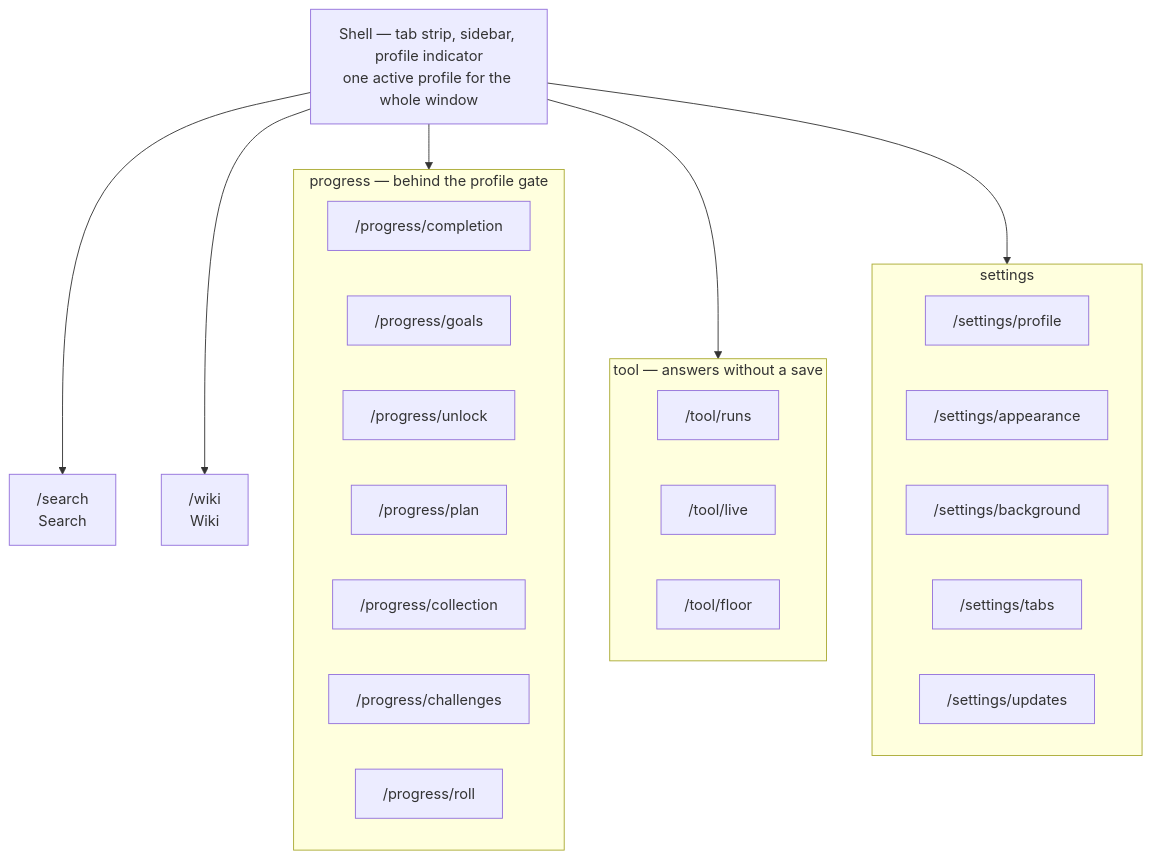
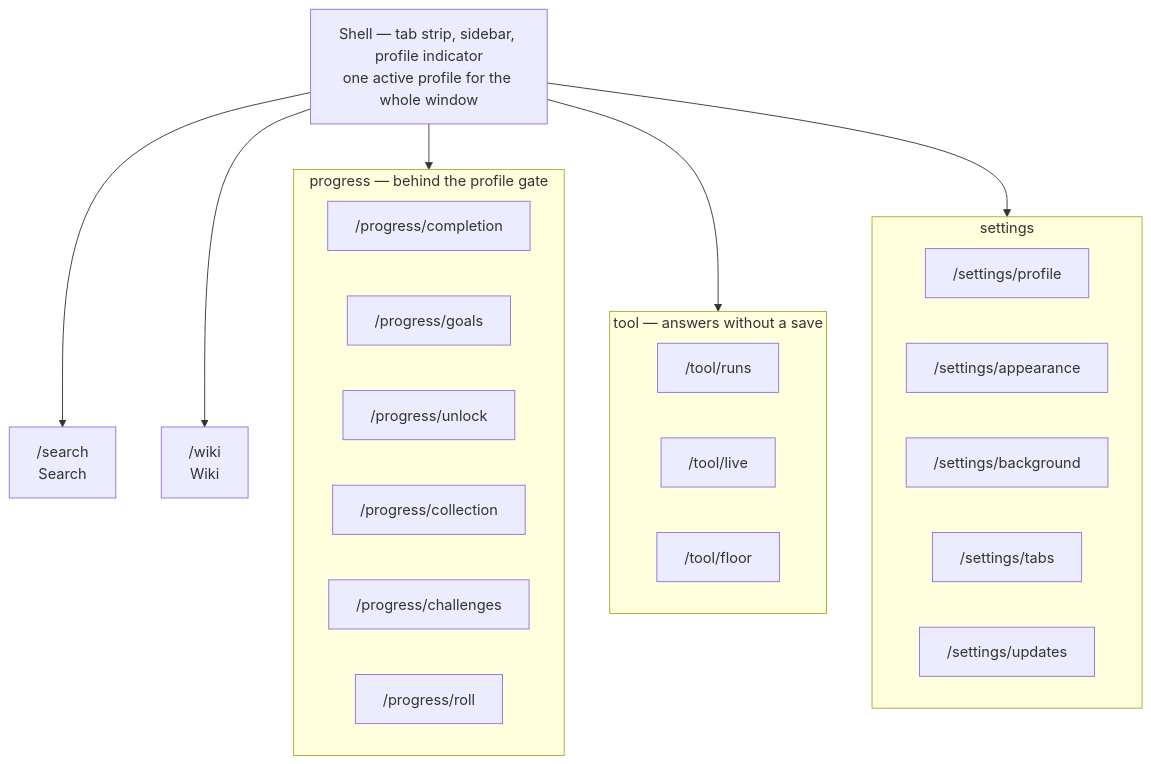
Before and after one commit to DomenghiniStefano/isaac-dome: the third of 4 diagrams in docs/architecture.md, drawn with Mermaid. The commit also changed other lines of this file and 21 other files, not shown here.

````diff
--- a/docs/architecture.md
+++ b/docs/architecture.md
@@ -239,34 +242,33 @@
 ```mermaid
 flowchart TD
   shell["Shell — tab strip, sidebar, profile indicator<br/>one active profile for the whole window"]
 
   shell --> searchRoute["/search<br/>Search"]
   shell --> progressGroup
   shell --> toolGroup
   shell --> wikiRoute["/wiki<br/>Wiki"]
   shell --> settingsGroup
 
   subgraph progressGroup["progress — behind the profile gate"]
     completion["/progress/completion"]
     goals["/progress/goals"]
     unlock["/progress/unlock"]
-    planr["/progress/plan"]
     collection["/progress/collection"]
     challengesr["/progress/challenges"]
     rollr["/progress/roll"]
   end
 
   subgraph toolGroup["tool — answers without a save"]
     runsr["/tool/runs"]
     liver["/tool/live"]
     floorr["/tool/floor"]
   end
 
   subgraph settingsGroup["settings"]
     profiler["/settings/profile"]
     appearance["/settings/appearance"]
     background["/settings/background"]
     tabsr["/settings/tabs"]
     updatesr["/settings/updates"]
   end
 ```
````
